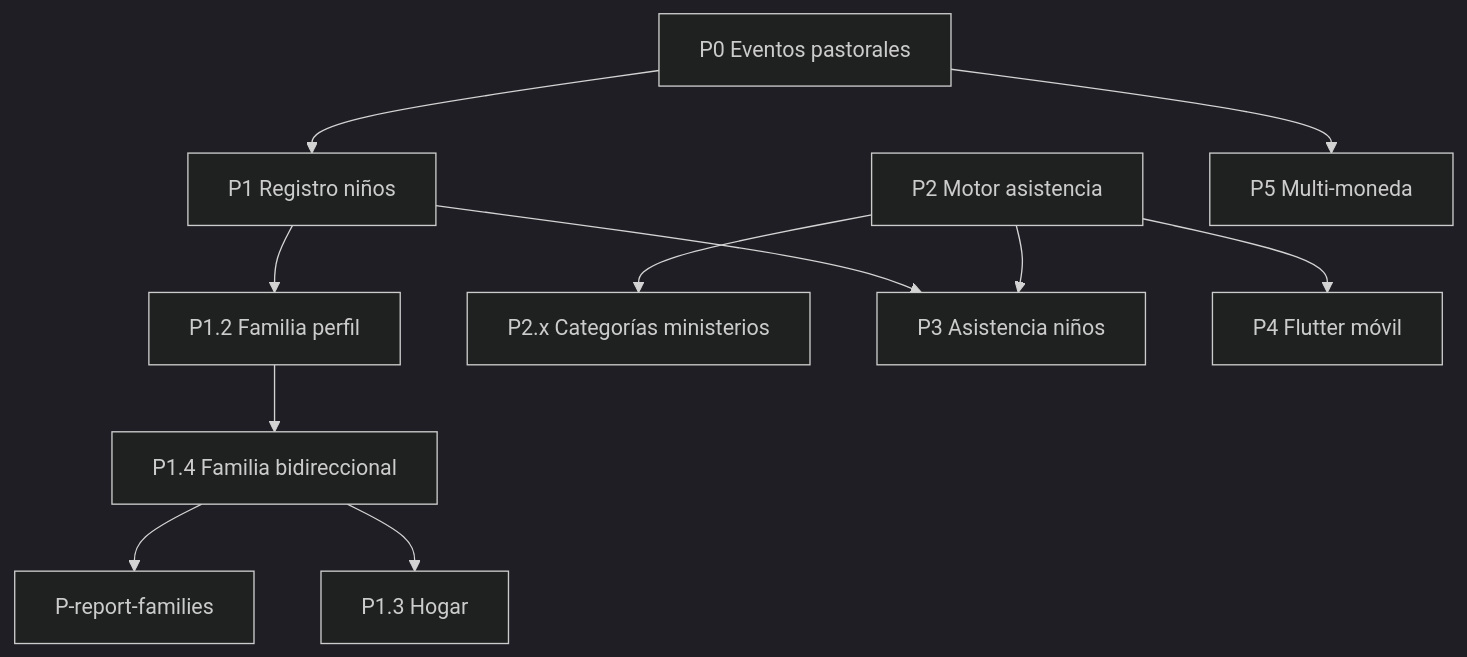
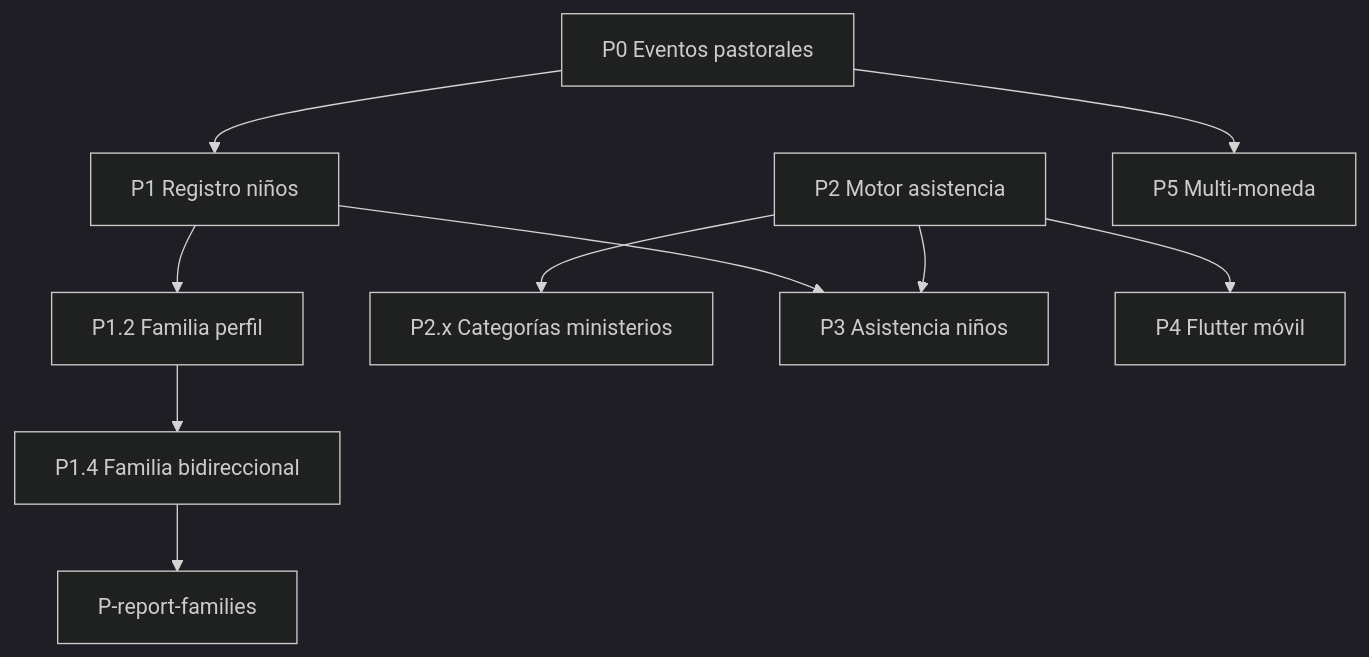
Before and after one commit to evomaxseipio/evochurch-web: the diagram in mejoras/BACKLOG-POST-REUNION-JUL2026.md, drawn with Mermaid (dark theme). The commit also changed other lines of this file and 74 other files, not shown here.

````diff
--- a/mejoras/BACKLOG-POST-REUNION-JUL2026.md
+++ b/mejoras/BACKLOG-POST-REUNION-JUL2026.md
@@ -308,25 +340,23 @@
 ```mermaid
 flowchart TD
   P0[P0 Eventos pastorales]
   P1[P1 Registro niños]
   P12[P1.2 Familia perfil]
   P14[P1.4 Familia bidireccional]
   Pref[P-report-families]
-  P13[P1.3 Hogar]
   P2[P2 Motor asistencia]
   P2x[P2.x Categorías ministerios]
   P3[P3 Asistencia niños]
   P4[P4 Flutter móvil]
   P5[P5 Multi-moneda]
 
   P0 --> P1
   P1 --> P12
   P12 --> P14
   P14 --> Pref
-  P14 --> P13
   P1 --> P3
   P2 --> P2x
   P2 --> P3
   P2 --> P4
   P0 --> P5
 ```
````
